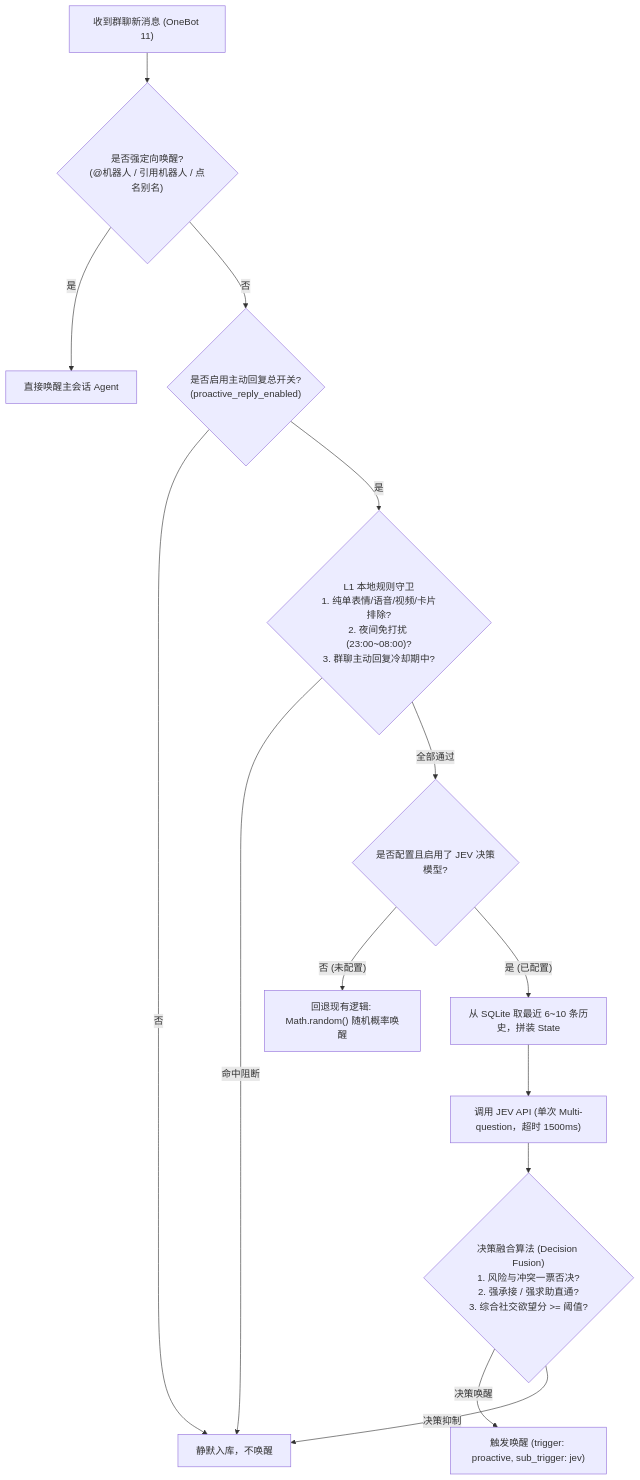
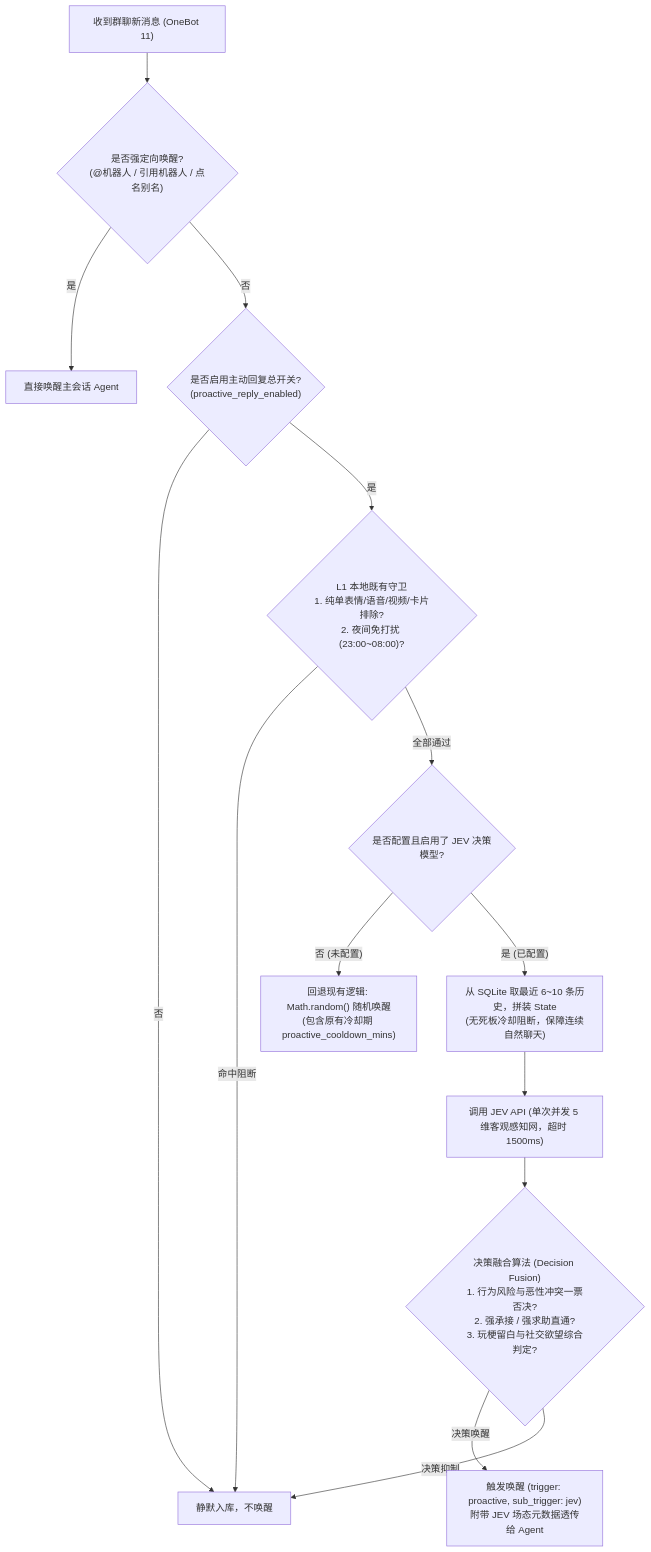
One commit to Jiangsubei/dsh-napcat-bridge changed the first of 2 diagrams in devlog/需求文档-JEV决策模型前置群聊感知与主动唤醒.md. Above: the diagram before and after it, drawn with Mermaid. The commit also changed other lines of this file and 1 other file, not shown here.

Commit message:
docs: 完善 JEV 决策模型前置群聊感知与主动唤醒需求文档及实测日志

````diff
--- a/devlog/需求文档-JEV决策模型前置群聊感知与主动唤醒.md
+++ b/devlog/需求文档-JEV决策模型前置群聊感知与主动唤醒.md
@@ -49,16 +65,16 @@
 ```mermaid
 flowchart TD
     A["收到群聊新消息 (OneBot 11)"] --> B{"是否强定向唤醒?<br>(@机器人 / 引用机器人 / 点名别名)"}
     B -- 是 --> C["直接唤醒主会话 Agent"]
     B -- 否 --> D{"是否启用主动回复总开关?<br>(proactive_reply_enabled)"}
     D -- 否 --> E["静默入库，不唤醒"]
-    D -- 是 --> F{"L1 本地规则守卫<br>1. 纯单表情/语音/视频/卡片排除?<br>2. 夜间免打扰 (23:00~08:00)?<br>3. 群聊主动回复冷却期中?"}
+    D -- 是 --> F{"L1 本地既有守卫<br>1. 纯单表情/语音/视频/卡片排除?<br>2. 夜间免打扰 (23:00~08:00)?"}
     F -- 命中阻断 --> E
     F -- 全部通过 --> G{"是否配置且启用了 JEV 决策模型?"}
-    G -- 否 (未配置) --> H["回退现有逻辑: Math.random() 随机概率唤醒"]
-    G -- 是 (已配置) --> I["从 SQLite 取最近 6~10 条历史，拼装 State"]
-    I --> J["调用 JEV API (单次 Multi-question，超时 1500ms)"]
-    J --> K{"决策融合算法 (Decision Fusion)<br>1. 风险与冲突一票否决?<br>2. 强承接 / 强求助直通?<br>3. 综合社交欲望分 >= 阈值?"}
-    K -- 决策唤醒 --> L["触发唤醒 (trigger: proactive, sub_trigger: jev)"]
+    G -- 否 (未配置) --> H["回退现有逻辑: Math.random() 随机唤醒<br>(包含原有冷却期 proactive_cooldown_mins)"]
+    G -- 是 (已配置) --> I["从 SQLite 取最近 6~10 条历史，拼装 State<br>(无死板冷却阻断，保障连续自然聊天)"]
+    I --> J["调用 JEV API (单次并发 5 维客观感知网，超时 1500ms)"]
+    J --> K{"决策融合算法 (Decision Fusion)<br>1. 行为风险与恶性冲突一票否决?<br>2. 强承接 / 强求助直通?<br>3. 玩梗留白与社交欲望综合判定?"}
+    K -- 决策唤醒 --> L["触发唤醒 (trigger: proactive, sub_trigger: jev)<br>附带 JEV 场态元数据透传给 Agent"]
     K -- 决策抑制 --> E
 ```
````
